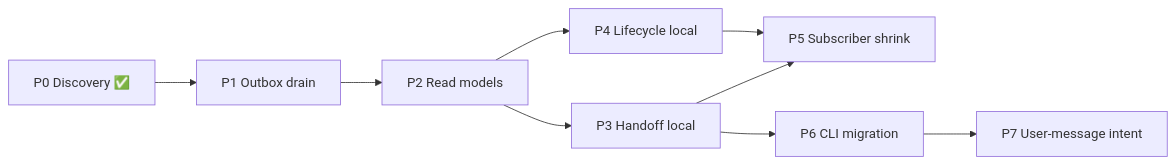
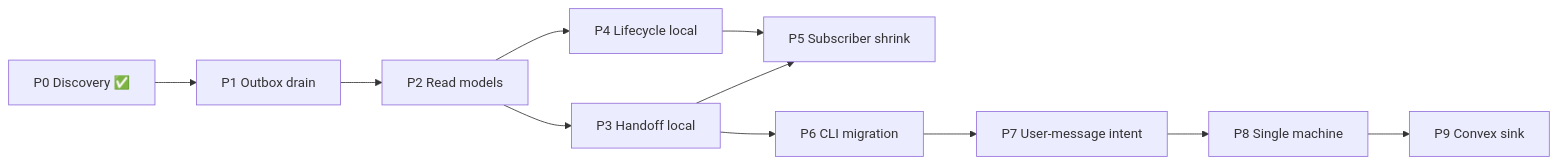
Before and after one commit to conradkoh/chatroom: the diagram in docs/plans/daemon-centric-orchestration/phases/README.md, drawn with Mermaid. The commit also changed other lines of this file and 1 other file, not shown here.

````diff
--- a/docs/plans/daemon-centric-orchestration/phases/README.md
+++ b/docs/plans/daemon-centric-orchestration/phases/README.md
@@ -23,11 +25,13 @@
 ```mermaid
 flowchart LR
     P0[P0 Discovery ✅] --> P1[P1 Outbox drain]
     P1 --> P2[P2 Read models]
     P2 --> P3[P3 Handoff local]
     P2 --> P4[P4 Lifecycle local]
     P3 --> P5[P5 Subscriber shrink]
     P4 --> P5
     P3 --> P6[P6 CLI migration]
     P6 --> P7[P7 User-message intent]
+    P7 --> P8[P8 Single machine]
+    P8 --> P9[P9 Convex sink]
 ```
````
